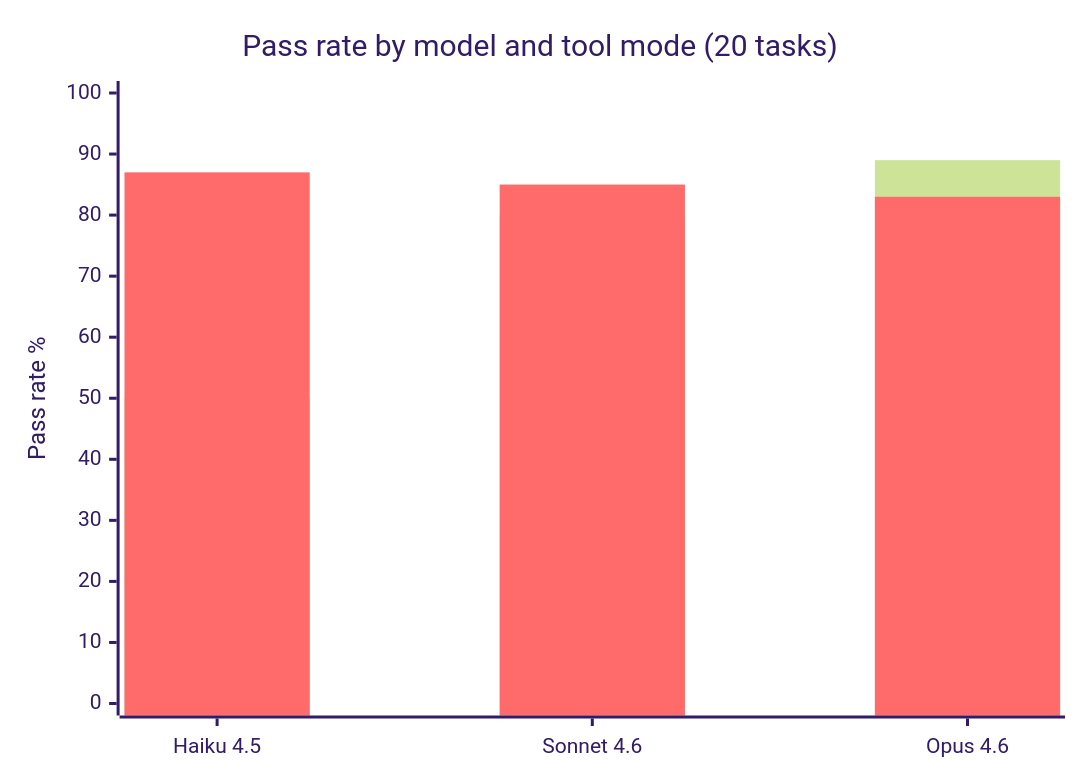
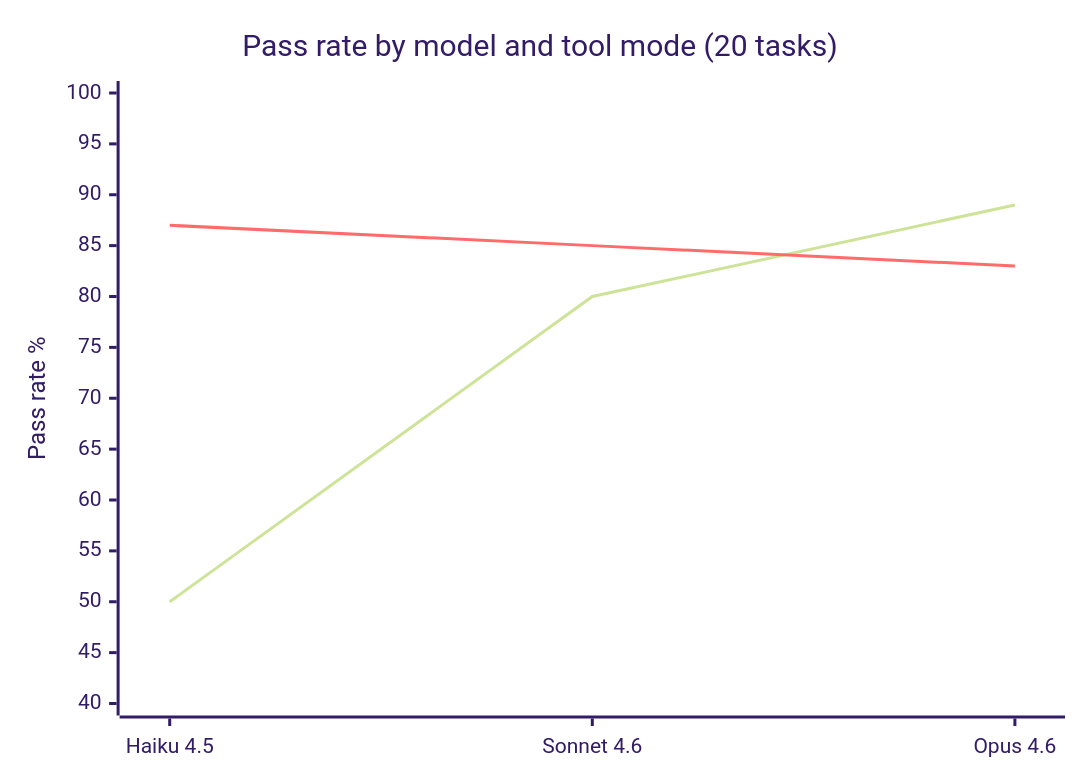
One commit to pro-vi/mdtools changed the diagram in README.md. Above: the diagram before and after it, drawn with Mermaid (forest theme).

Commit message:
docs: switch benchmark chart from bars to lines
Shows the converging curves: unix rises with model capability,
hybrid stays flat. The gap narrows from +37pp to -6pp.

````diff
--- a/README.md
+++ b/README.md
@@ -216,8 +216,8 @@
 ```mermaid
 xychart-beta
     title "Pass rate by model and tool mode (20 tasks)"
     x-axis ["Haiku 4.5", "Sonnet 4.6", "Opus 4.6"]
-    y-axis "Pass rate %" 0 --> 100
-    bar [50, 80, 89]
-    bar [87, 85, 83]
+    y-axis "Pass rate %" 40 --> 100
+    line "unix" [50, 80, 89]
+    line "hybrid" [87, 85, 83]
 ```
````
